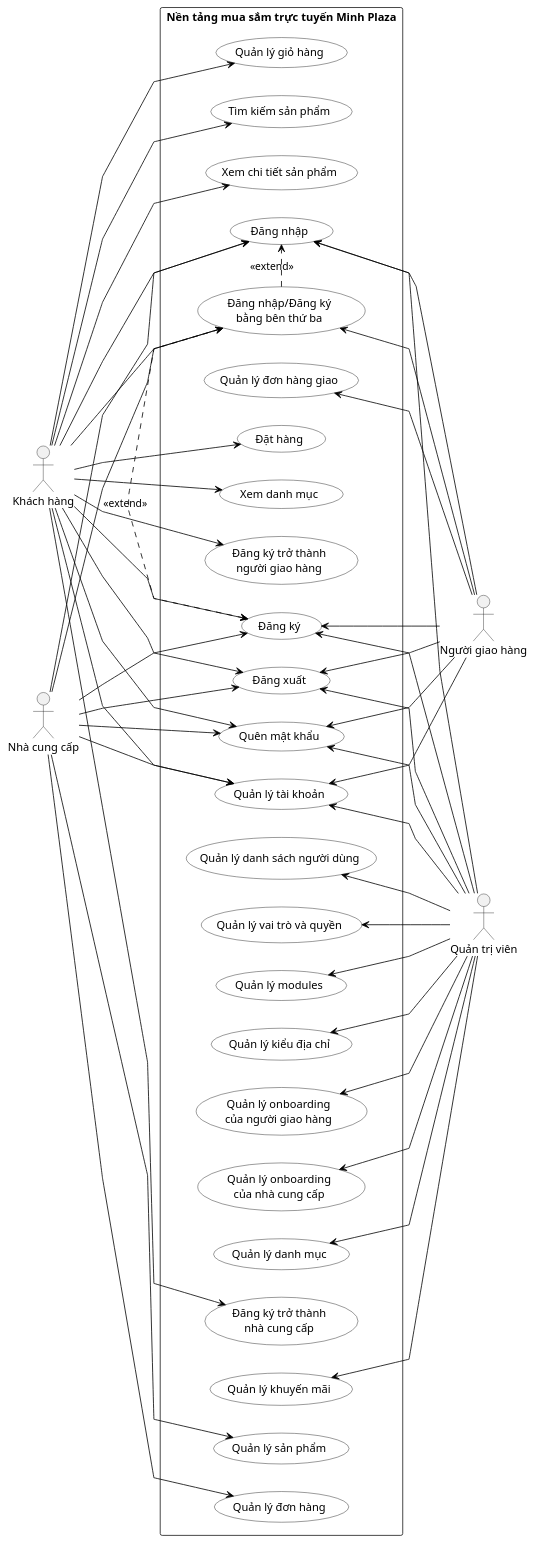
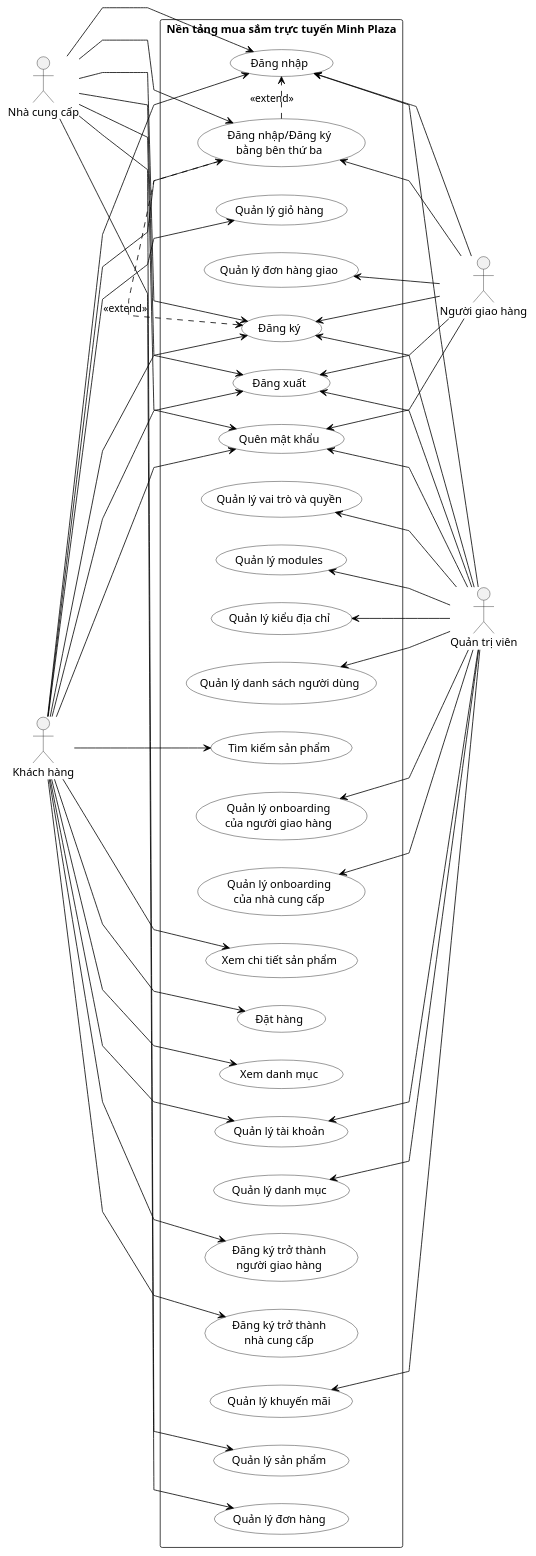
The diagram in docs/use-case-tong-quan.puml (TienMinh25/ecommerce-platform), drawn with PlantUML before and after one commit.

```diff
--- a/docs/use-case-tong-quan.puml
+++ b/docs/use-case-tong-quan.puml
@@ -1,116 +1,114 @@
 @startuml
 ' Use horizontal layout with actors on both sides
 left to right direction
 ' Improve visual appearance
 skinparam usecase {
   BackgroundColor white
   BorderColor black
   ArrowColor black
 }
 skinparam packageStyle rectangle
 skinparam linetype polyline
 ' Left actors
 actor "Khách hàng" as kh
 actor "Nhà cung cấp" as ncc
 ' Right actors
 actor "Quản trị viên" as qtv
 actor "Người giao hàng" as ngh
 ' Group common use cases in the middle (short names on same rows)
 rectangle "Nền tảng mua sắm trực tuyến Minh Plaza" {
   ' Authentication use cases - rearranged for better layout
   usecase "Đăng ký" as UC2
   usecase "Đăng nhập/Đăng ký\nbằng bên thứ ba" as UC30
   usecase "Đăng nhập" as UC1
 
   usecase "Đăng xuất" as UC3
   usecase "Quên mật khẩu" as UC4
 
   ' User management use cases (admin)
   usecase "Quản lý danh sách người dùng" as UC5
   usecase "Quản lý vai trò và quyền" as UC6
   usecase "Quản lý modules" as UC7
   usecase "Quản lý kiểu địa chỉ" as UC8
   usecase "Quản lý onboarding\ncủa người giao hàng" as UC9
   usecase "Quản lý onboarding\ncủa nhà cung cấp" as UC31
 
   ' Account and profile use cases
   usecase "Quản lý tài khoản" as UC10
 
   ' Catalog management use cases
   usecase "Quản lý danh mục" as UC11
   usecase "Quản lý khuyến mãi" as UC12
   usecase "Quản lý sản phẩm" as UC19
 
   ' Customer-facing use cases
   usecase "Quản lý giỏ hàng" as UC13
   usecase "Tìm kiếm sản phẩm" as UC14
   usecase "Xem chi tiết sản phẩm" as UC15
   usecase "Đặt hàng" as UC16
   usecase "Xem danh mục" as UC18
 
   ' Supplier-facing use cases
   usecase "Quản lý đơn hàng" as UC21
 
 
   ' Delivery person use cases
   usecase "Quản lý đơn hàng giao" as UC24
 
   ' New customer onboarding use cases
   usecase "Đăng ký trở thành\nngười giao hàng" as UC28
   usecase "Đăng ký trở thành\nnhà cung cấp" as UC29
 }
 
 ' Extend relationships
 UC2 <. UC30 : <<extend>>
 UC30 .> UC1 : <<extend>>
 
 ' Connect actors to their use cases
 ' Khách hàng connections
 kh --> UC1
 kh --> UC2
 kh --> UC3
 kh --> UC4
 kh --> UC10
 kh --> UC13
 kh --> UC14
 kh --> UC15
 kh --> UC16
 kh --> UC18
 kh --> UC28
 kh --> UC29
 kh --> UC30
 
 ' Nhà cung cấp connections
 ncc --> UC1
 ncc --> UC2
 ncc --> UC3
 ncc --> UC4
-ncc --> UC10
 ncc --> UC19
 ncc --> UC21
 ncc --> UC30
 
 ' Admin connections
 UC5 <-- qtv
 UC6 <-- qtv
 UC7 <-- qtv
 UC8 <-- qtv
 UC9 <-- qtv
 UC31 <-- qtv
 UC10 <-- qtv
 UC11 <-- qtv
 UC12 <-- qtv
 UC1 <-- qtv
 UC2 <-- qtv
 UC3 <-- qtv
 UC4 <-- qtv
 
 ' Delivery person connections
 UC1 <-- ngh
 UC2 <-- ngh
 UC3 <-- ngh
 UC4 <-- ngh
-UC10 <-- ngh
 UC24 <-- ngh
 UC30 <-- ngh
 @enduml
```
